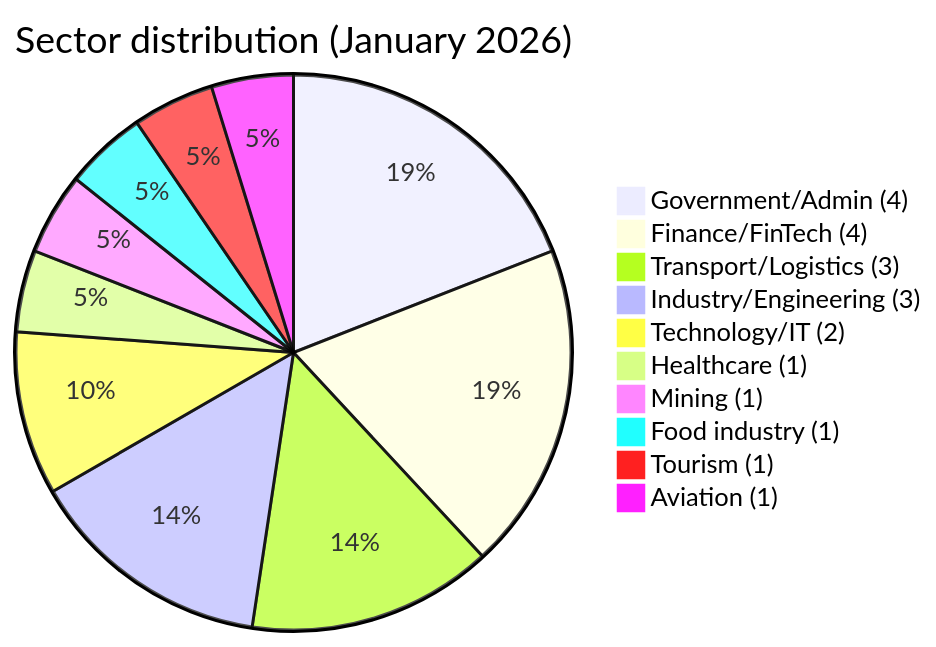
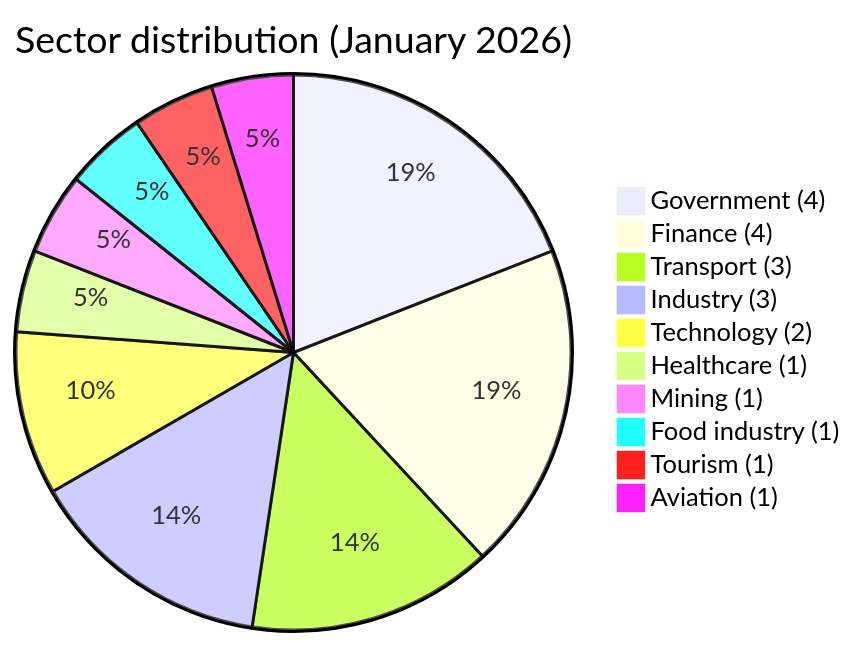
One commit to Hatchepsoute/AFRINTEL changed the fourth of 4 diagrams in CyberAttackAfrica/2026/01-january/README.md. Above: the diagram before and after it, drawn with Mermaid. The commit also changed 28 other files, not shown here.

````diff
--- a/CyberAttackAfrica/2026/01-january/README.md
+++ b/CyberAttackAfrica/2026/01-january/README.md
@@ -255,14 +255,14 @@
 ```mermaid
 pie
  title Sector distribution (January 2026)
- "Government/Admin (4)" : 4
- "Finance/FinTech (4)" : 4
- "Transport/Logistics (3)" : 3
- "Industry/Engineering (3)" : 3
- "Technology/IT (2)" : 2
+ "Government (4)" : 4
+ "Finance (4)" : 4
+ "Transport (3)" : 3
+ "Industry (3)" : 3
+ "Technology (2)" : 2
  "Healthcare (1)" : 1
  "Mining (1)" : 1
  "Food industry (1)" : 1
  "Tourism (1)" : 1
  "Aviation (1)" : 1
 ```
````
